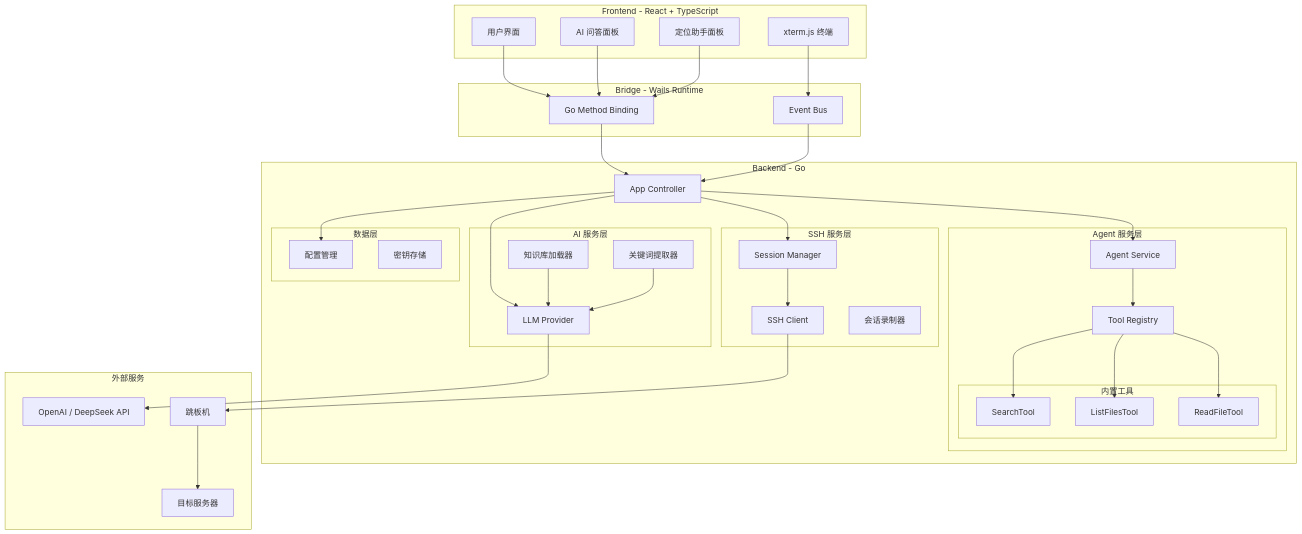
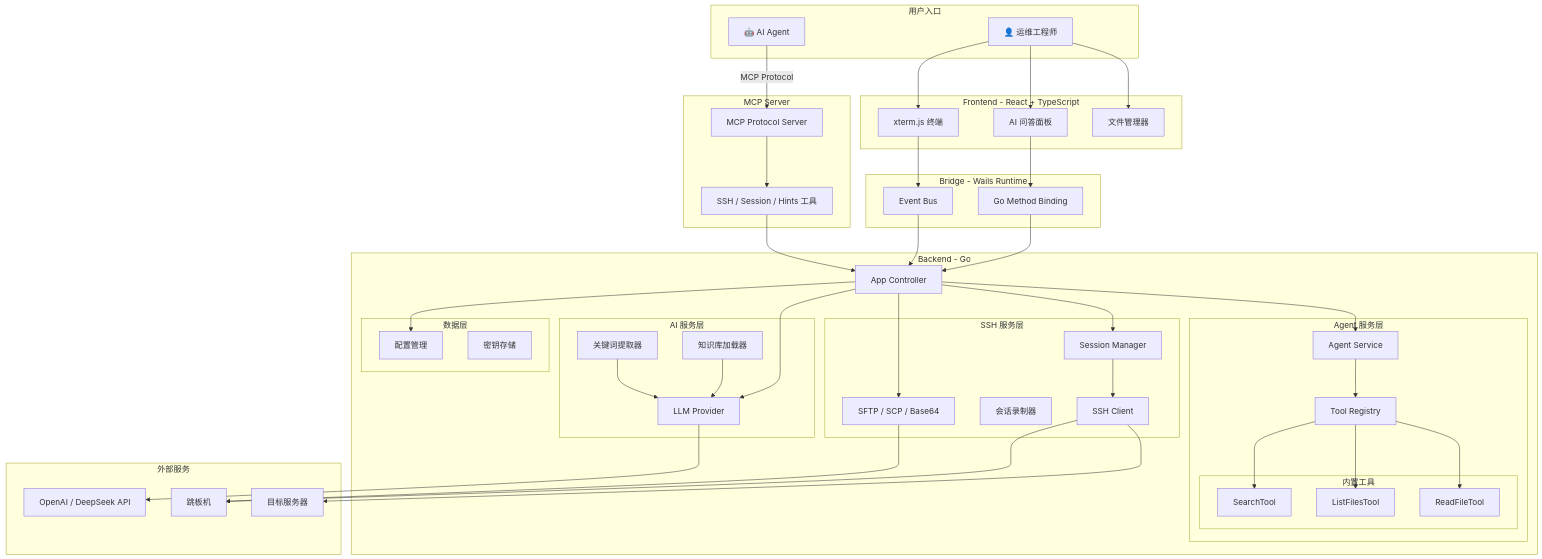
One commit to Tudou77826/OpsCopilot changed the diagram in README.md. Above: the diagram before and after it, drawn with Mermaid. The commit also changed other lines of this file, not shown here.

First line of the commit message:
docs: 更新 README，增加 MCP Server 双模架构介绍

````diff
--- a/README.md
+++ b/README.md
@@ -230,10 +266,19 @@
 ```mermaid
 graph TB
+    subgraph "用户入口"
+        UI[👤 运维工程师]
+        Agent[🤖 AI Agent]
+    end
+
     subgraph "Frontend - React + TypeScript"
-        UI[用户界面]
         Terminal[xterm.js 终端]
         AI_Panel[AI 问答面板]
-        Agent_Panel[定位助手面板]
+        FileMgr[文件管理器]
+    end
+
+    subgraph "MCP Server"
+        MCPServer[MCP Protocol Server]
+        MCPTools[SSH / Session / Hints 工具]
     end
 
     subgraph "Bridge - Wails Runtime"
@@ -265,6 +310,7 @@
             SessionMgr[Session Manager]
             SSHClient[SSH Client]
             Recorder[会话录制器]
+            FileTransfer[SFTP / SCP / Base64]
         end
 
         subgraph "数据层"
@@ -279,13 +325,18 @@
         Target[目标服务器]
     end
 
-    UI --> Binding
+    UI --> Terminal
+    UI --> AI_Panel
+    UI --> FileMgr
+    Agent -->|MCP Protocol| MCPServer
+
     Terminal --> Events
     AI_Panel --> Binding
-    Agent_Panel --> Binding
+    MCPServer --> MCPTools
 
     Binding --> App
     Events --> App
+    MCPTools --> App
 
     App --> AgentService
     AgentService --> ToolRegistry
@@ -295,6 +346,7 @@
 
     App --> LLM
     App --> SessionMgr
+    App --> FileTransfer
     App --> Config
 
     LLM --> LLM_API
@@ -303,5 +355,6 @@
 
     SessionMgr --> SSHClient
     SSHClient --> Bastion
-    Bastion --> Target
+    SSHClient --> Target
+    FileTransfer --> Bastion
 ```
````
